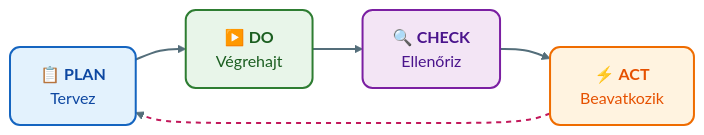
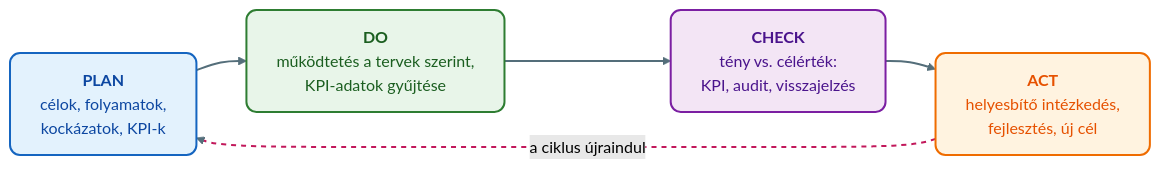
The second of 2 diagrams in Tételek/V05-GMXSF2MBLF-Folyamatszemléletű irányítási rendszerek.tétel.md (denespocsik/MM_BSC_Zarovizsga), drawn with Mermaid (forest theme) before and after one commit. The commit also changed other lines of this file and 1 other file, not shown here.

````diff
--- a/Tételek/V05-GMXSF2MBLF-Folyamatszemléletű irányítási rendszerek.tétel.md
+++ b/Tételek/V05-GMXSF2MBLF-Folyamatszemléletű irányítási rendszerek.tétel.md
@@ -73,15 +122,15 @@
 ```mermaid
 flowchart LR
-    P["📋 <b>PLAN</b><br/>Tervez"]:::kek --> D["▶️ <b>DO</b><br/>Végrehajt"]:::zold
-    D --> C["🔍 <b>CHECK</b><br/>Ellenőriz"]:::lila
-    C --> A["⚡ <b>ACT</b><br/>Beavatkozik"]:::narancs
-    A --> P
+    P["<b>PLAN</b><br/>célok, folyamatok,<br/>kockázatok, KPI-k"]:::kek --> D["<b>DO</b><br/>működtetés a tervek szerint,<br/>KPI-adatok gyűjtése"]:::zold
+    D --> C["<b>CHECK</b><br/>tény vs. célérték:<br/>KPI, audit, visszajelzés"]:::lila
+    C --> A["<b>ACT</b><br/>helyesbítő intézkedés,<br/>fejlesztés, új cél"]:::narancs
+    A -.->|a ciklus újraindul| P
 
     classDef kek     fill:#e3f2fd,stroke:#1565c0,stroke-width:2px,color:#0d47a1,rx:10,ry:10;
     classDef zold    fill:#e8f5e9,stroke:#2e7d32,stroke-width:2px,color:#1b5e20,rx:10,ry:10;
     classDef narancs fill:#fff3e0,stroke:#ef6c00,stroke-width:2px,color:#e65100,rx:10,ry:10;
     classDef lila    fill:#f3e5f5,stroke:#7b1fa2,stroke-width:2px,color:#4a148c,rx:10,ry:10;
 
     linkStyle default stroke:#546e7a,stroke-width:2px;
     linkStyle 3 stroke:#c2185b,stroke-width:2px,stroke-dasharray: 5 5;
 ```
````
